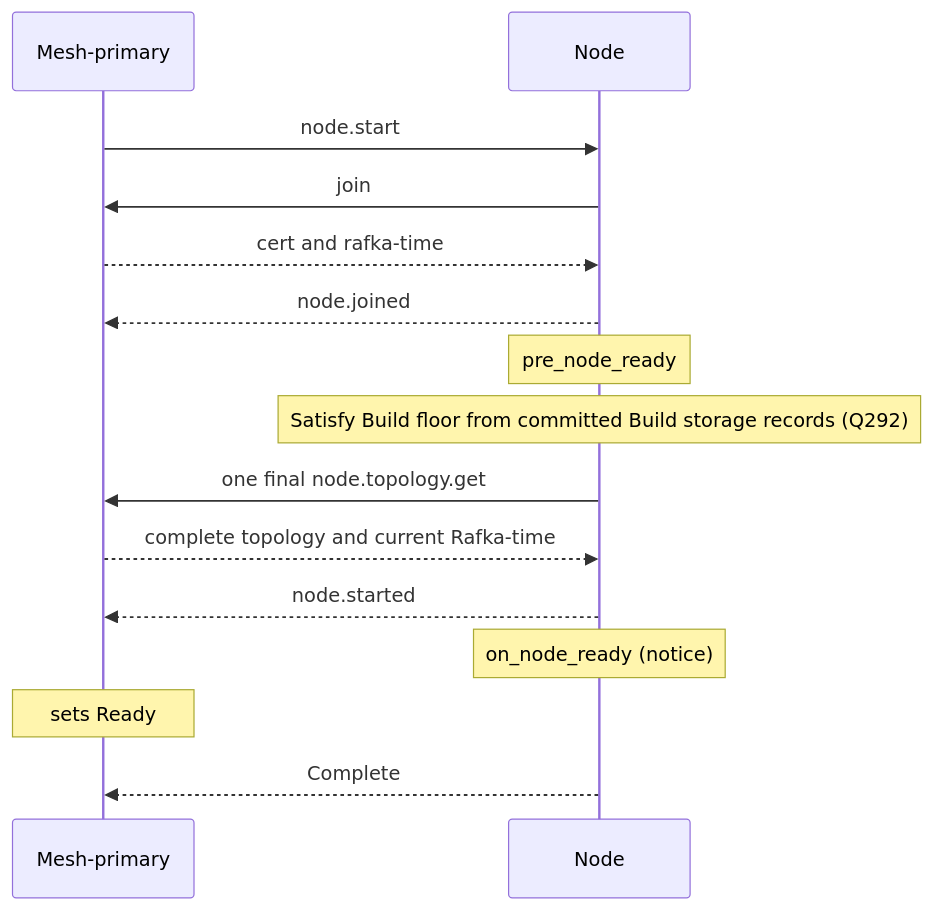
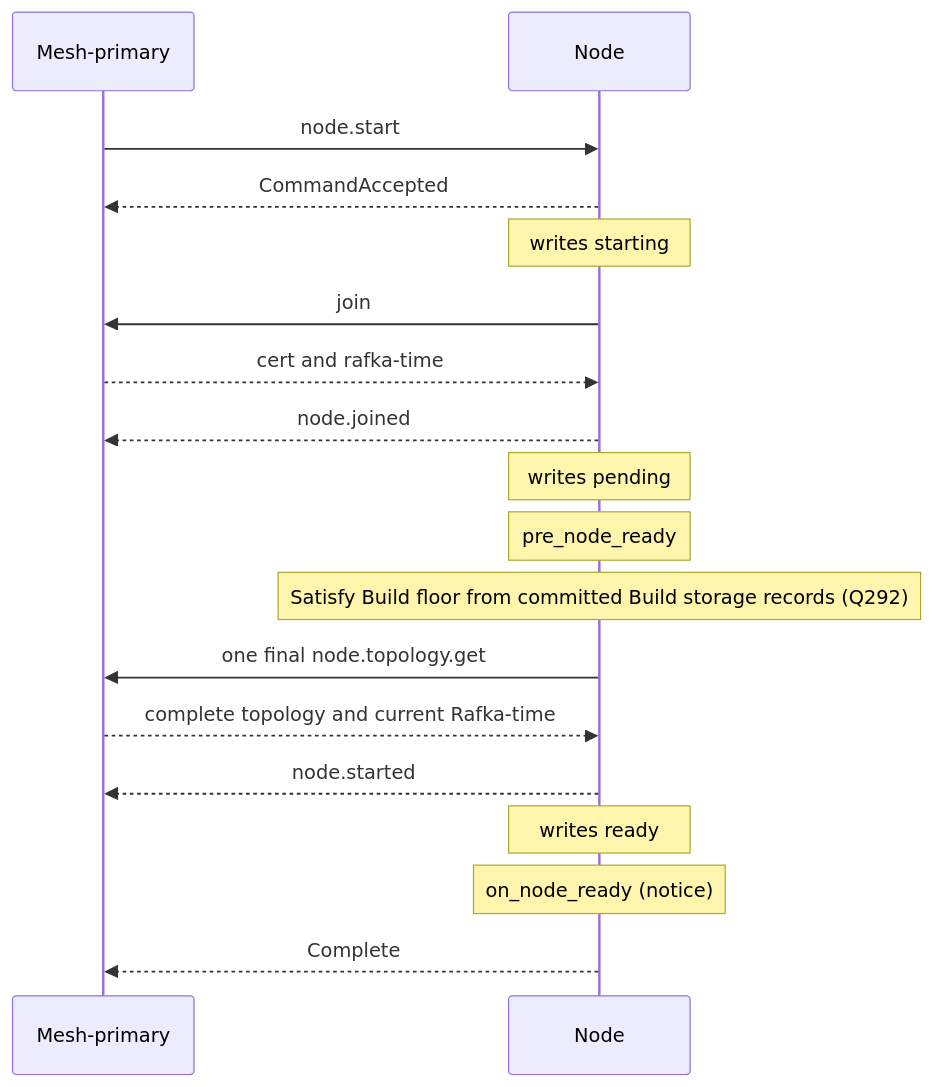
Before and after one commit to drlukeangel/rust-distributed-mesh: the diagram in docs/architecture/lifecycles/node-start.md, drawn with Mermaid. The commit also changed other lines of this file and 38 other files, not shown here.

First line of the commit message:
docs(architecture, Q368): every lifecycle page has States written, each state's stored line in full and its write marked in the diagram

````diff
--- a/docs/architecture/lifecycles/node-start.md
+++ b/docs/architecture/lifecycles/node-start.md
@@ -100,17 +99,20 @@
 ```mermaid
 sequenceDiagram
     participant M as Mesh-primary
     participant N as Node
     M->>N: node.start
+    N-->>M: CommandAccepted
+    Note over N: writes starting
     N->>M: join
     M-->>N: cert and rafka-time
     N-->>M: node.joined
+    Note over N: writes pending
     Note over N: pre_node_ready
     Note over N: Satisfy Build floor from committed Build storage records (Q292)
     N->>M: one final node.topology.get
     M-->>N: complete topology and current Rafka-time
     N-->>M: node.started
+    Note over N: writes ready
     Note over N: on_node_ready (notice)
-    Note over M: sets Ready
     N-->>M: Complete
 ```
````
